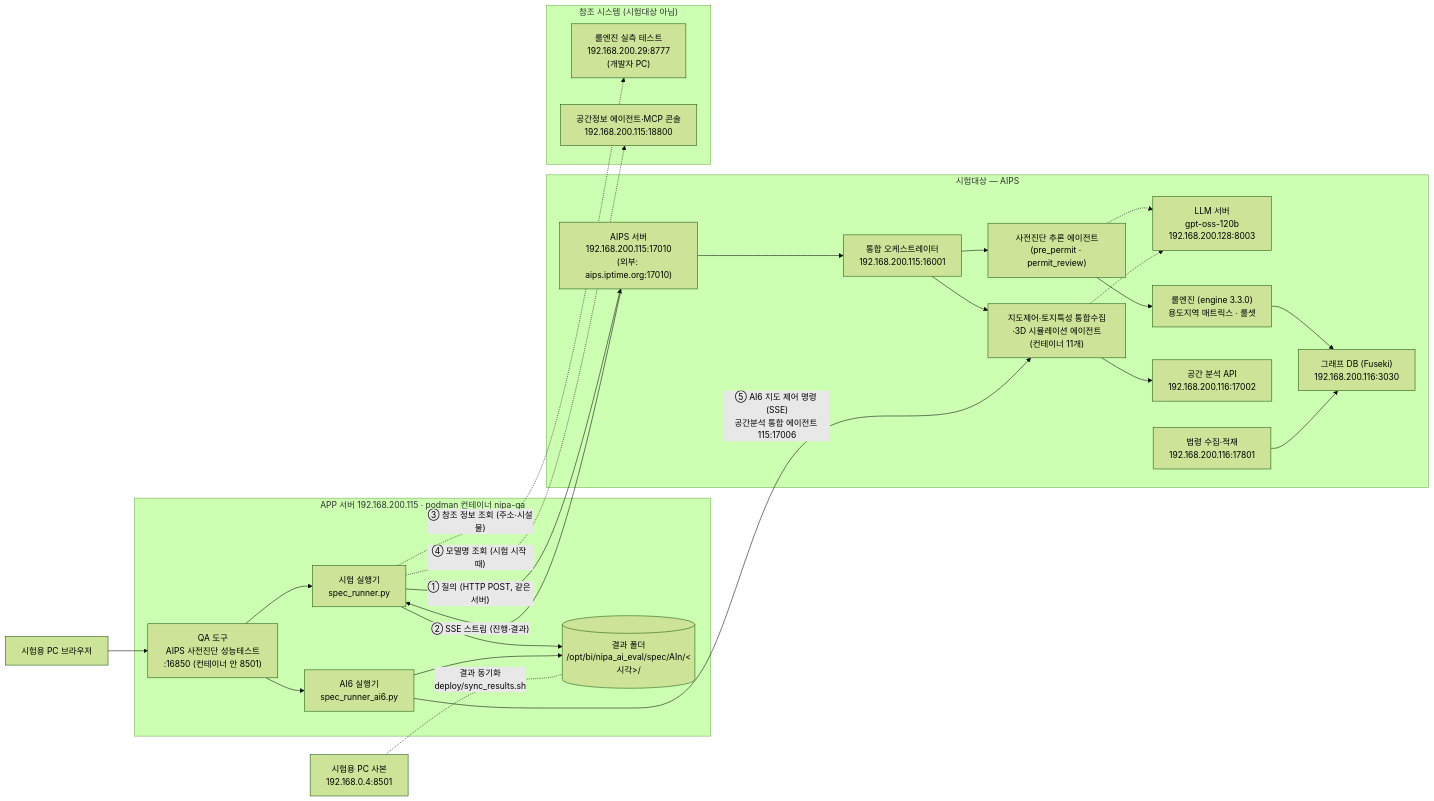
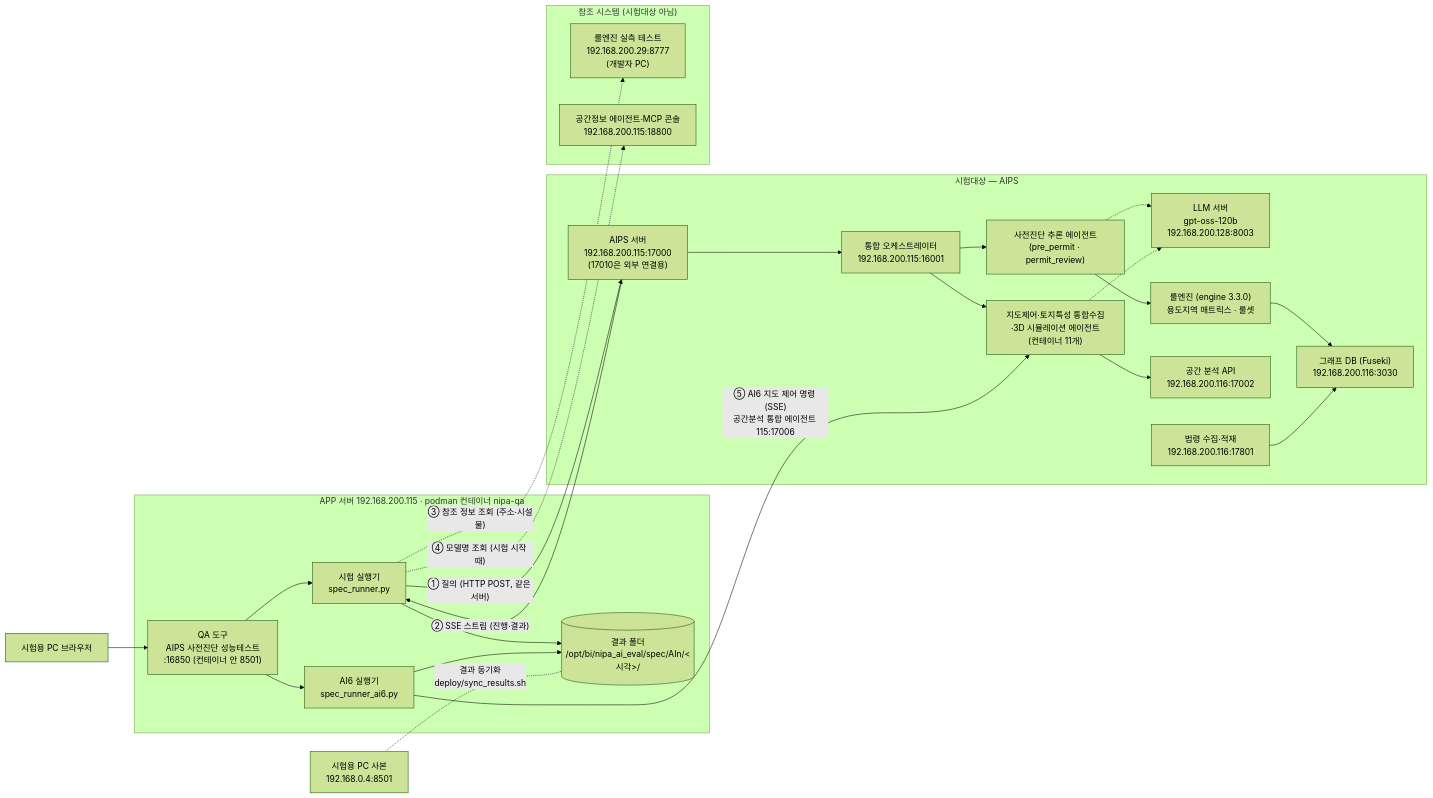
Before and after one commit to eunkyeoung/nipa_ai_eval: the first of 2 diagrams in 시스템_아키텍처.md, drawn with Mermaid (forest theme). The commit also changed other lines of this file and 8 other files, not shown here.

Commit message:
[AI1~AI5] AIPS 질의 주소 17010 → 17000 (17010은 외부 연결용, 운영담당자 안내, 같은 빌드 b8aecf5)

````diff
--- a/시스템_아키텍처.md
+++ b/시스템_아키텍처.md
@@ -18,44 +18,44 @@
 ```mermaid
 flowchart LR
     BR["시험용 PC 브라우저"] --> APP
     subgraph QA["APP 서버 192.168.200.115 · podman 컨테이너 nipa-qa"]
         APP["QA 도구<br/>AIPS 사전진단 성능테스트<br/>:16850 (컨테이너 안 8501)"]
         APP --> RUN["시험 실행기<br/>spec_runner.py"]
         APP --> RUN6["AI6 실행기<br/>spec_runner_ai6.py"]
         RUN --> FS[("결과 폴더<br/>/opt/bi/nipa_ai_eval/spec/AIn/&lt;시각&gt;/")]
         RUN6 --> FS
     end
     PCQA["시험용 PC 사본<br/>192.168.0.4:8501"] -. "결과 동기화<br/>deploy/sync_results.sh" .- FS
 
     subgraph SUT["시험대상 — AIPS"]
-        WEB["AIPS 서버<br/>192.168.200.115:17010<br/>(외부: aips.iptime.org:17010)"]
+        WEB["AIPS 서버<br/>192.168.200.115:17000<br/>(17010은 외부 연결용)"]
         ORC["통합 오케스트레이터<br/>192.168.200.115:16001"]
         PP["사전진단 추론 에이전트<br/>(pre_permit · permit_review)"]
         SPA["지도제어·토지특성 통합수집·3D 시뮬레이션 에이전트<br/>(컨테이너 11개)"]
         LLM["LLM 서버<br/>gpt-oss-120b<br/>192.168.200.128:8003"]
         ENG["룰엔진 (engine 3.3.0)<br/>용도지역 매트릭스 · 룰셋"]
         GEO["공간 분석 API<br/>192.168.200.116:17002"]
         LAW["법령 수집·적재<br/>192.168.200.116:17801"]
         FUS["그래프 DB (Fuseki)<br/>192.168.200.116:3030"]
         WEB --> ORC
         ORC --> PP
         ORC --> SPA
         PP --> ENG
         SPA --> GEO
         PP -.-> LLM
         SPA -.-> LLM
         ENG --> FUS
         LAW --> FUS
     end
 
     subgraph REF["참조 시스템 (시험대상 아님)"]
         R8777["룰엔진 실측 테스트<br/>192.168.200.29:8777<br/>(개발자 PC)"]
         CON["공간정보 에이전트·MCP 콘솔<br/>192.168.200.115:18800"]
     end
 
     RUN -- "① 질의 (HTTP POST, 같은 서버)" --> WEB
     WEB -- "② SSE 스트림 (진행·결과)" --> RUN
     RUN -. "③ 참조 정보 조회 (주소·시설물)" .-> R8777
     RUN -. "④ 모델명 조회 (시험 시작 때)" .-> CON
     RUN6 -- "⑤ AI6 지도 제어 명령 (SSE)<br/>공간분석 통합 에이전트 115:17006" --> SPA
 ```
````
